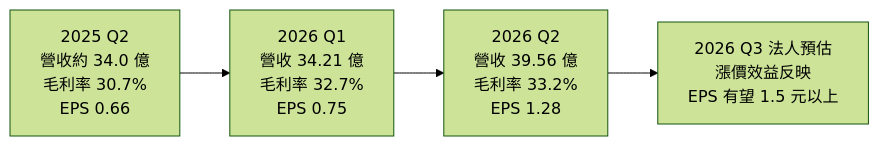
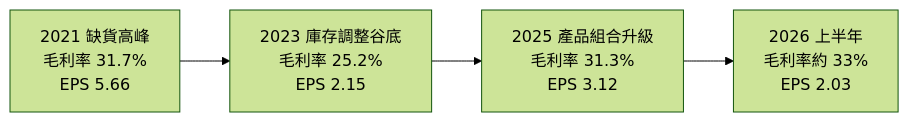
The third of 4 diagrams in 個股/台股/2481強茂.md (wangnick1004/taiwan-stock-vault), drawn with Mermaid (forest theme) before and after one commit. The commit also changed other lines of this file and 142 other files, not shown here.

````diff
--- a/個股/台股/2481強茂.md
+++ b/個股/台股/2481強茂.md
@@ -146,4 +147,4 @@
 ```mermaid
 flowchart LR
-    Q0["2025 Q2<br/>營收約 34.0 億<br/>毛利率 30.7%<br/>EPS 0.66"] --> Q1["2026 Q1<br/>營收 34.21 億<br/>毛利率 32.7%<br/>EPS 0.75"] --> Q2["2026 Q2<br/>營收 39.56 億<br/>毛利率 33.2%<br/>EPS 1.28"] --> Q3["2026 Q3 法人預估<br/>漲價效益反映<br/>EPS 有望 1.5 元以上"]
+    Y21["2021 缺貨高峰<br/>毛利率 31.7%<br/>EPS 5.66"] --> Y23["2023 庫存調整谷底<br/>毛利率 25.2%<br/>EPS 2.15"] --> Y25["2025 產品組合升級<br/>毛利率 31.3%<br/>EPS 3.12"] --> H26["2026 上半年<br/>毛利率約 33%<br/>EPS 2.03"]
 ```
````
